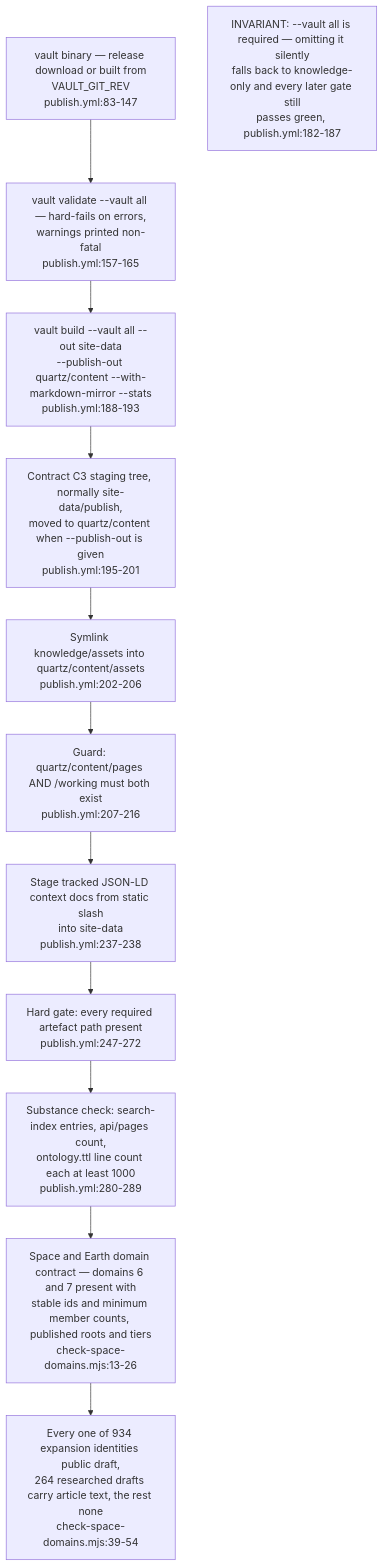
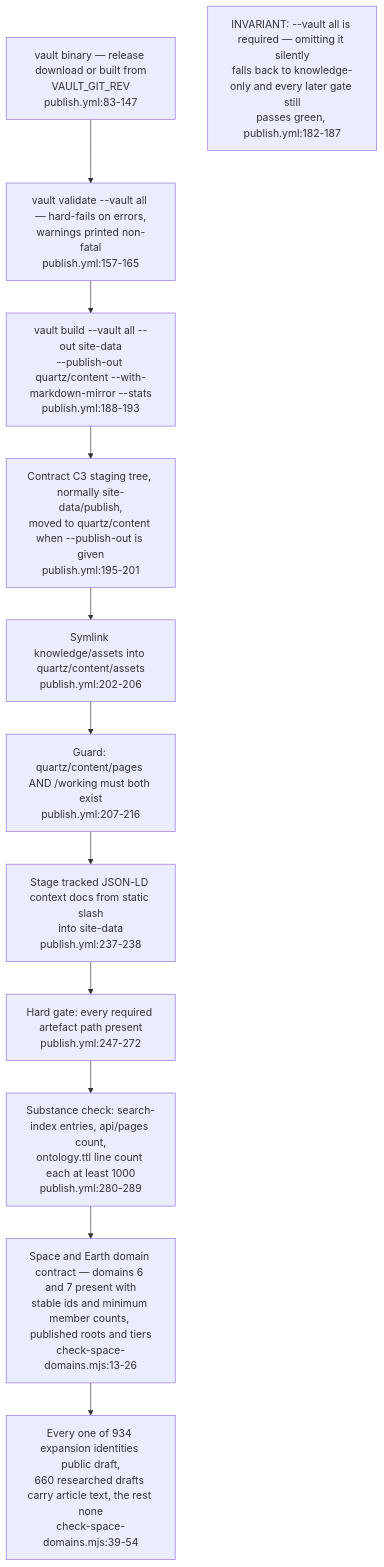
The third of 4 diagrams in docs/diagrams/visiongraph/03-publish-pipeline-and-explorer-build.md (DreamLab-AI/VisionFlow), drawn with Mermaid before and after one commit. The commit also changed other lines of this file and 21 other files, not shown here.

Commit message:
docs(diagrams): refresh first verified estate batch

````diff
--- a/docs/diagrams/visiongraph/03-publish-pipeline-and-explorer-build.md
+++ b/docs/diagrams/visiongraph/03-publish-pipeline-and-explorer-build.md
@@ -66,17 +66,17 @@
 ```mermaid
 flowchart TD
     BIN["vault binary — release download or built from<br/>VAULT_GIT_REV<br/>publish.yml:83-147"]
     VALIDATE["vault validate --vault all — hard-fails on errors,<br/>warnings printed non-fatal<br/>publish.yml:157-165"]
     BUILDCMD["vault build --vault all --out site-data<br/>--publish-out quartz/content --with-markdown-mirror --stats<br/>publish.yml:188-193"]
     SPLIT["Contract C3 staging tree, normally site-data/publish,<br/>moved to quartz/content when --publish-out is given<br/>publish.yml:195-201"]
     ASSETS["Symlink knowledge/assets into quartz/content/assets<br/>publish.yml:202-206"]
     BOTH["Guard: quartz/content/pages AND /working must both exist<br/>publish.yml:207-216"]
     CTX["Stage tracked JSON-LD context docs from static slash<br/>into site-data<br/>publish.yml:237-238"]
     GATE["Hard gate: every required artefact path present<br/>publish.yml:247-272"]
     SUBST["Substance check: search-index entries, api/pages count,<br/>ontology.ttl line count each at least 1000<br/>publish.yml:280-289"]
     BIN --> VALIDATE --> BUILDCMD --> SPLIT --> ASSETS --> BOTH --> CTX --> GATE --> SUBST --> SPACE
     SPACE["Space and Earth domain contract — domains 6 and 7 present with<br/>stable ids and minimum member counts, published roots and tiers<br/>check-space-domains.mjs:13-26"]
-    SPACECNT["Every one of 934 expansion identities public draft,<br/>264 researched drafts carry article text, the rest none<br/>check-space-domains.mjs:39-54"]
+    SPACECNT["Every one of 934 expansion identities public draft,<br/>660 researched drafts carry article text, the rest none<br/>check-space-domains.mjs:39-54"]
     SPACE --> SPACECNT
     note1["INVARIANT: --vault all is required — omitting it silently<br/>falls back to knowledge-only and every later gate still<br/>passes green, publish.yml:182-187"]
 ```
````
